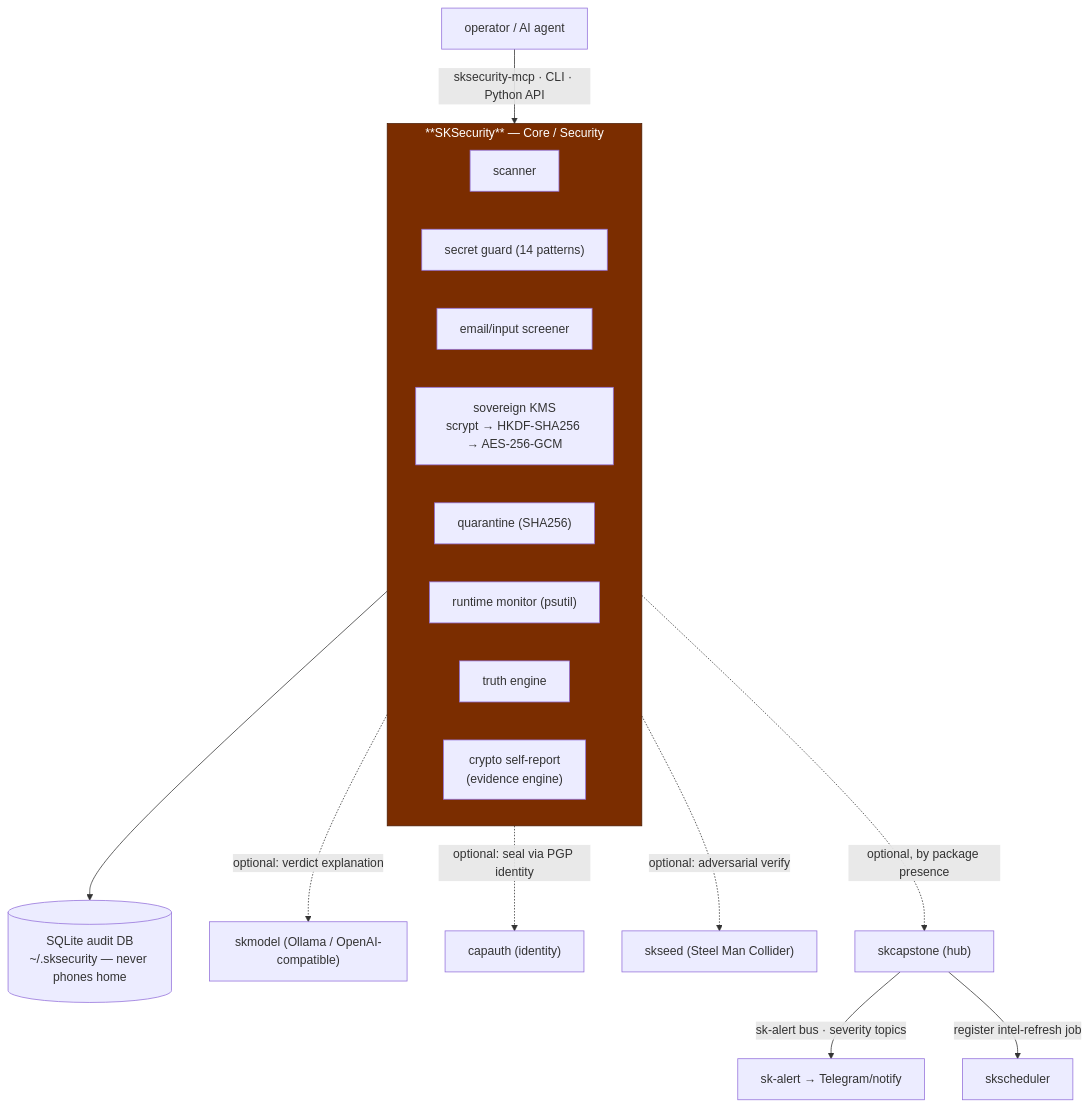
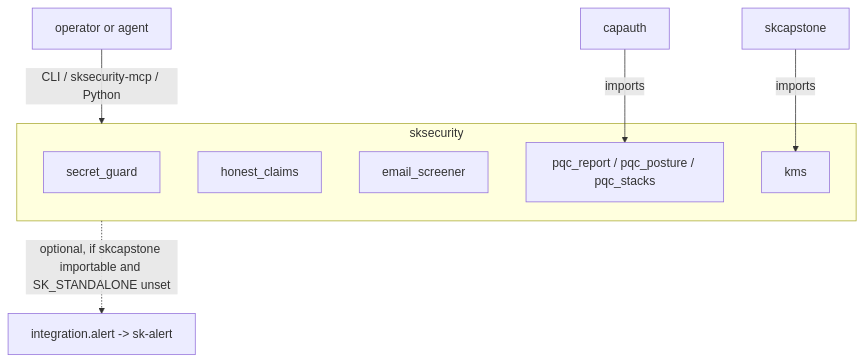
One commit to smilinTux/sksecurity changed the diagram in SOP.md. Above: the diagram before and after it, drawn with Mermaid. The commit also changed other lines of this file and 105 other files, not shown here.

````diff
--- a/SOP.md
+++ b/SOP.md
@@ -68,27 +41,14 @@
 ```mermaid
 flowchart TD
-    OP["operator / AI agent"] -->|"sksecurity-mcp · CLI · Python API"| SKSEC
-
-    subgraph SKSEC["**SKSecurity** — Core / Security"]
-      direction LR
-      SCAN["scanner"]
-      GUARD["secret guard (14 patterns)"]
-      SCREEN["email/input screener"]
-      KMS["sovereign KMS<br/>scrypt → HKDF-SHA256 → AES-256-GCM"]
-      QUAR["quarantine (SHA256)"]
-      MON["runtime monitor (psutil)"]
-      TRUTH["truth engine"]
-      RPT["crypto self-report<br/>(evidence engine)"]
+    OP["operator or agent"] -->|"CLI / sksecurity-mcp / Python"| PKG
+    subgraph PKG["sksecurity"]
+      GUARD["secret_guard"]
+      CLAIMS["honest_claims"]
+      SCREEN["email_screener"]
+      PQC["pqc_report / pqc_posture / pqc_stacks"]
+      KMS["kms"]
     end
-
-    SKSEC --> DB[("SQLite audit DB<br/>~/.sksecurity — never phones home")]
-
-    SKSEC -.->|"optional: verdict explanation"| MODEL["skmodel (Ollama / OpenAI-compatible)"]
-    SKSEC -.->|"optional: seal via PGP identity"| CAPAUTH["capauth (identity)"]
-    SKSEC -.->|"optional: adversarial verify"| SKSEED["skseed (Steel Man Collider)"]
-    SKSEC -.->|"optional, by package presence"| SKCAP["skcapstone (hub)"]
-    SKCAP -->|"sk-alert bus · severity topics"| ALERT["sk-alert → Telegram/notify"]
-    SKCAP -->|"register intel-refresh job"| SCHED["skscheduler"]
-
-    style SKSEC fill:#7b2d00,color:#fff,stroke:#4a1a00
+    PKG -.->|"optional, if skcapstone importable and SK_STANDALONE unset"| ALERT["integration.alert -> sk-alert"]
+    SK["skcapstone"] -->|"imports"| KMS
+    CA["capauth"] -->|"imports"| PQC
 ```
````
